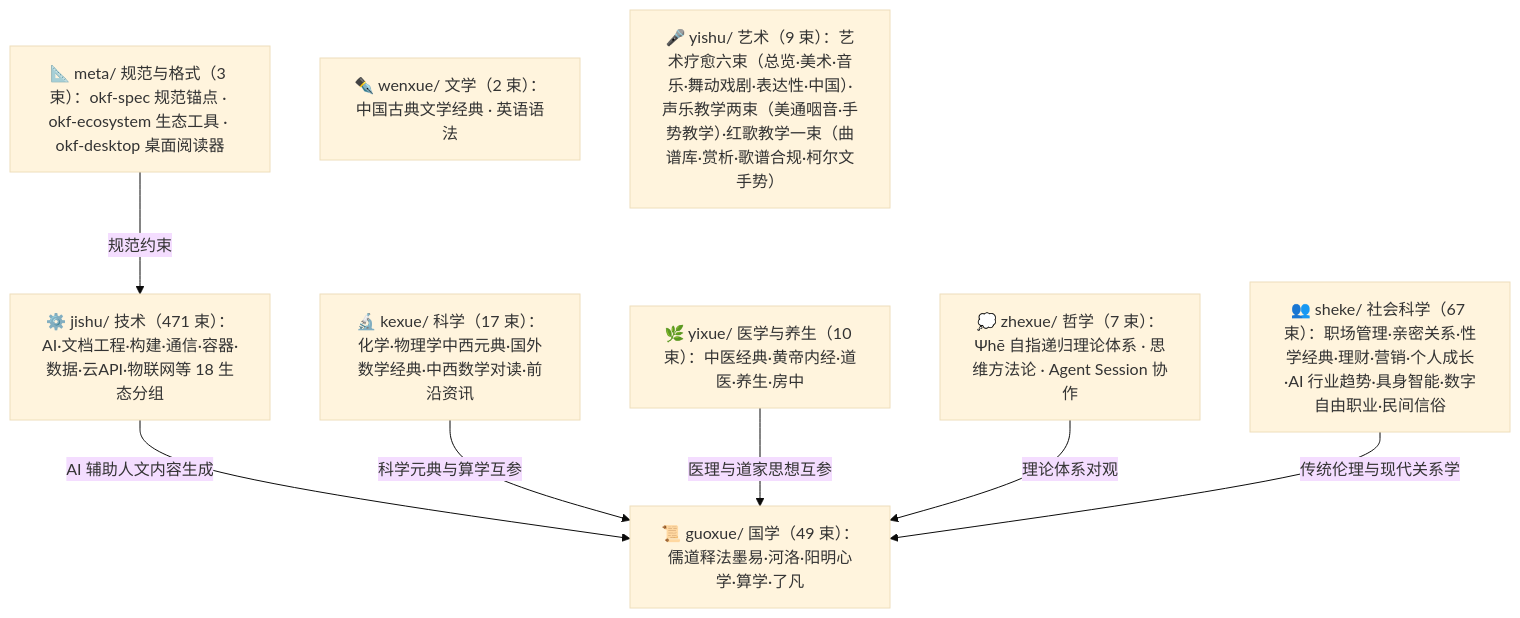
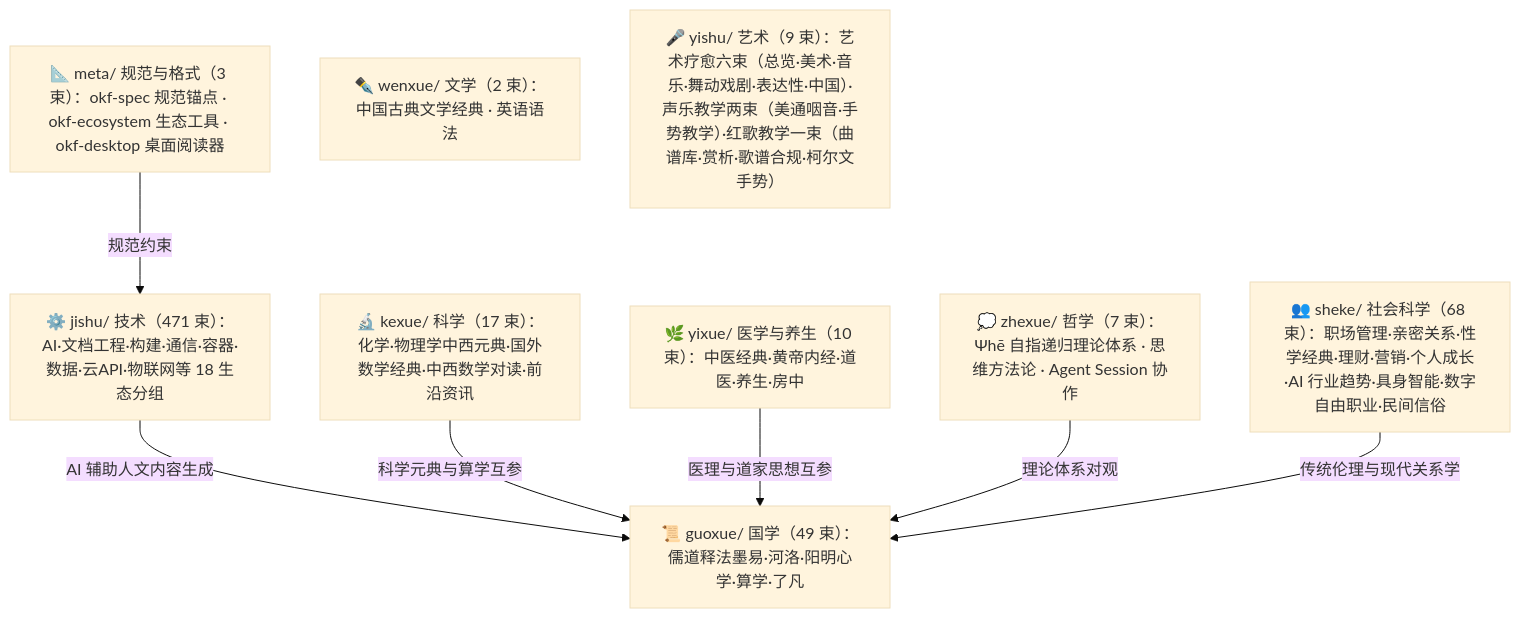
The diagram in doc/bundles/index.md (awesome-flexloop/awesome-okf), drawn with Mermaid (base theme) before and after one commit. The commit also changed other lines of this file and 14 other files, not shown here.

````diff
--- a/doc/bundles/index.md
+++ b/doc/bundles/index.md
@@ -21,18 +21,18 @@
 ```mermaid
 flowchart TD
     meta["📐 meta/ 规范与格式（3 束）：okf-spec 规范锚点 · okf-ecosystem 生态工具 · okf-desktop 桌面阅读器"]
     guoxue["📜 guoxue/ 国学（49 束）：儒道释法墨易·河洛·阳明心学·算学·了凡"]
     zhexue["💭 zhexue/ 哲学（7 束）：Ψhē 自指递归理论体系 · 思维方法论 · Agent Session 协作"]
     kexue["🔬 kexue/ 科学（17 束）：化学·物理学中西元典·国外数学经典·中西数学对读·前沿资讯"]
     wenxue["✒️ wenxue/ 文学（2 束）：中国古典文学经典 · 英语语法"]
     yixue["🌿 yixue/ 医学与养生（10 束）：中医经典·黄帝内经·道医·养生·房中"]
-    sheke["👥 sheke/ 社会科学（67 束）：职场管理·亲密关系·性学经典·理财·营销·个人成长·AI 行业趋势·具身智能·数字自由职业·民间信俗"]
+    sheke["👥 sheke/ 社会科学（68 束）：职场管理·亲密关系·性学经典·理财·营销·个人成长·AI 行业趋势·具身智能·数字自由职业·民间信俗"]
     yishu["🎤 yishu/ 艺术（9 束）：艺术疗愈六束（总览·美术·音乐·舞动戏剧·表达性·中国）·声乐教学两束（美通咽音·手势教学）·红歌教学一束（曲谱库·赏析·歌谱合规·柯尔文手势）"]
     jishu["⚙️ jishu/ 技术（471 束）：AI·文档工程·构建·通信·容器·数据·云API·物联网等 18 生态分组"]
     meta -->|"规范约束"| jishu
     jishu -->|"AI 辅助人文内容生成"| guoxue
     kexue -->|"科学元典与算学互参"| guoxue
     yixue -->|"医理与道家思想互参"| guoxue
     zhexue -->|"理论体系对观"| guoxue
     sheke -->|"传统伦理与现代关系学"| guoxue
 ```
````
